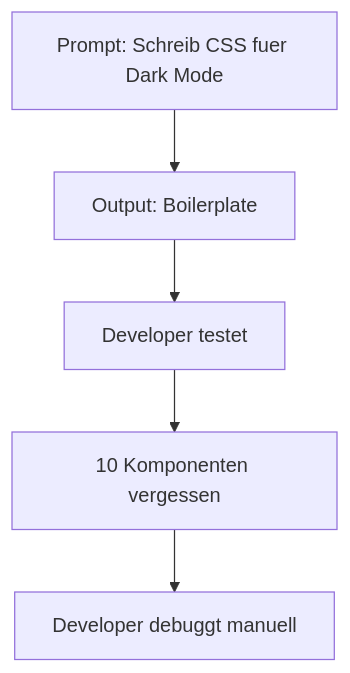
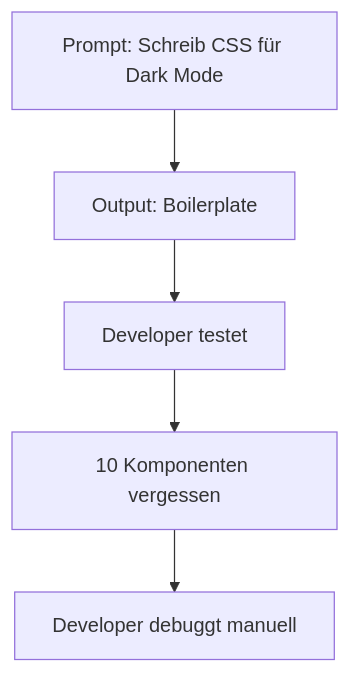
One commit to soenkelange/ai-lab-3-agentic-programming changed the third of 5 diagrams in 01-agentic-foundations/model-vs-agent.md. Above: the diagram before and after it, drawn with Mermaid. The commit also changed other lines of this file and 31 other files, not shown here.

````diff
--- a/01-agentic-foundations/model-vs-agent.md
+++ b/01-agentic-foundations/model-vs-agent.md
@@ -94,7 +94,7 @@
 ```mermaid
 flowchart TD
-    A[Prompt: Schreib CSS fuer Dark Mode] --> B[Output: Boilerplate]
+    A[Prompt: Schreib CSS für Dark Mode] --> B[Output: Boilerplate]
     B --> C[Developer testet]
     C --> D[10 Komponenten vergessen]
     D --> E[Developer debuggt manuell]
 ```
````
